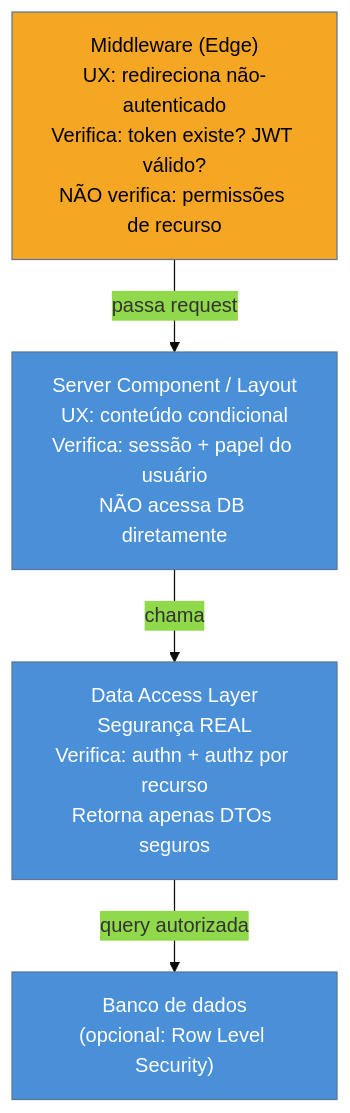
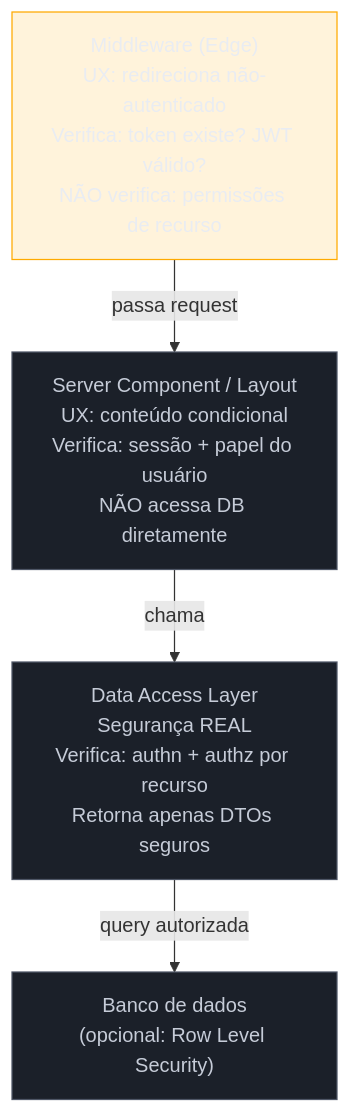
One commit to josenaldo/codex-technomanticus changed the second of 2 diagrams in 03-Dominios/Tecnologia/React/Next.js/13 - Middleware e auth na borda.md. Above: the diagram before and after it, drawn with Mermaid. The commit also changed other lines of this file and 1181 other files, not shown here.

First line of the commit message:
fix(diagramas): paleta do sistema no lugar de cor cravada no markdown

````diff
--- a/03-Dominios/Tecnologia/React/Next.js/13 - Middleware e auth na borda.md
+++ b/03-Dominios/Tecnologia/React/Next.js/13 - Middleware e auth na borda.md
@@ -277,17 +276,18 @@
 ```mermaid
-%%{init: {"theme": "base", "themeVariables": {"primaryColor": "#4A90D9"}}}%%
 graph TD
+    classDef destaque fill:#FFAA0024,stroke:#FFAA00,color:#E9ECF2
+    classDef neutro fill:#1B2029,stroke:#4E5666,color:#C6CCD8
     MW["Middleware (Edge)\nUX: redireciona não-autenticado\nVerifica: token existe? JWT válido?\nNÃO verifica: permissões de recurso"]
     SC["Server Component / Layout\nUX: conteúdo condicional\nVerifica: sessão + papel do usuário\nNÃO acessa DB diretamente"]
     DAL["Data Access Layer\nSegurança REAL\nVerifica: authn + authz por recurso\nRetorna apenas DTOs seguros"]
     DB["Banco de dados\n(opcional: Row Level Security)"]
 
-    style MW fill:#F5A623,color:#000
-    style SC fill:#4A90D9,color:#fff
-    style DAL fill:#4A90D9,color:#fff
-    style DB fill:#4A90D9,color:#fff
+    class MW destaque
+    class SC neutro
+    class DAL neutro
+    class DB neutro
 
     MW -->|"passa request"| SC
     SC -->|"chama"| DAL
     DAL -->|"query autorizada"| DB
 ```
````
